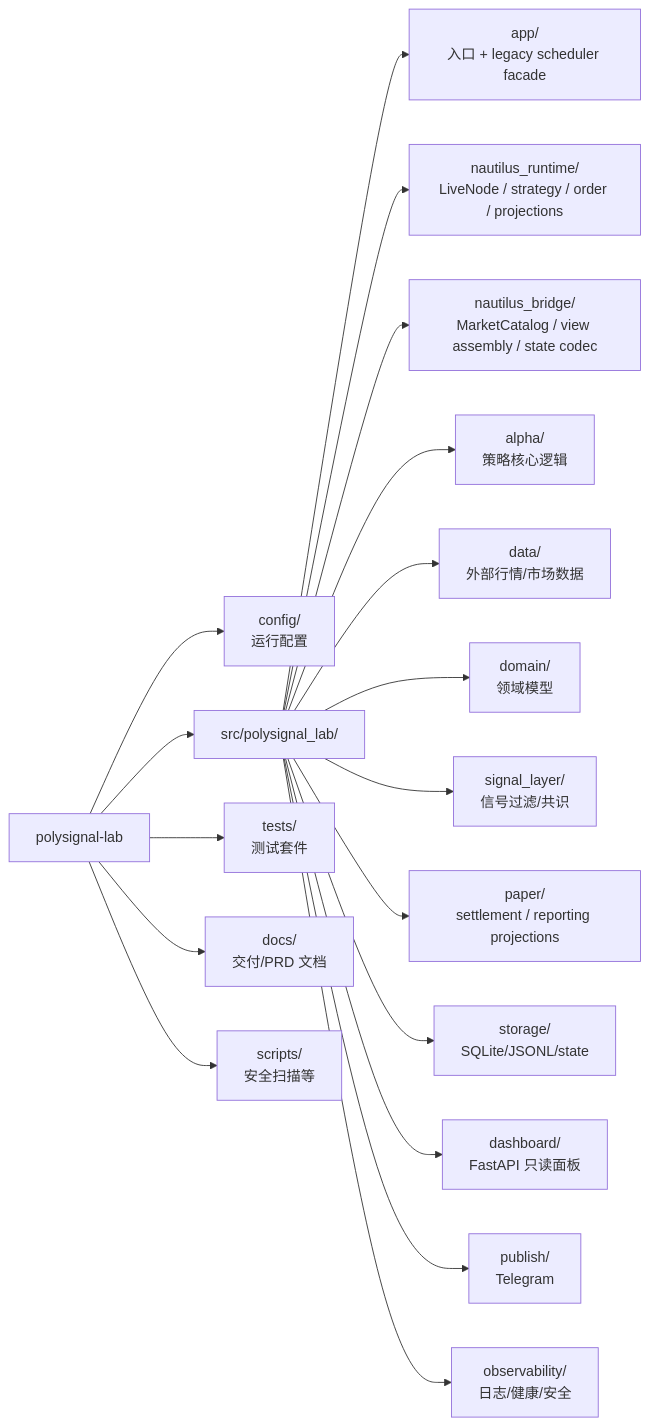
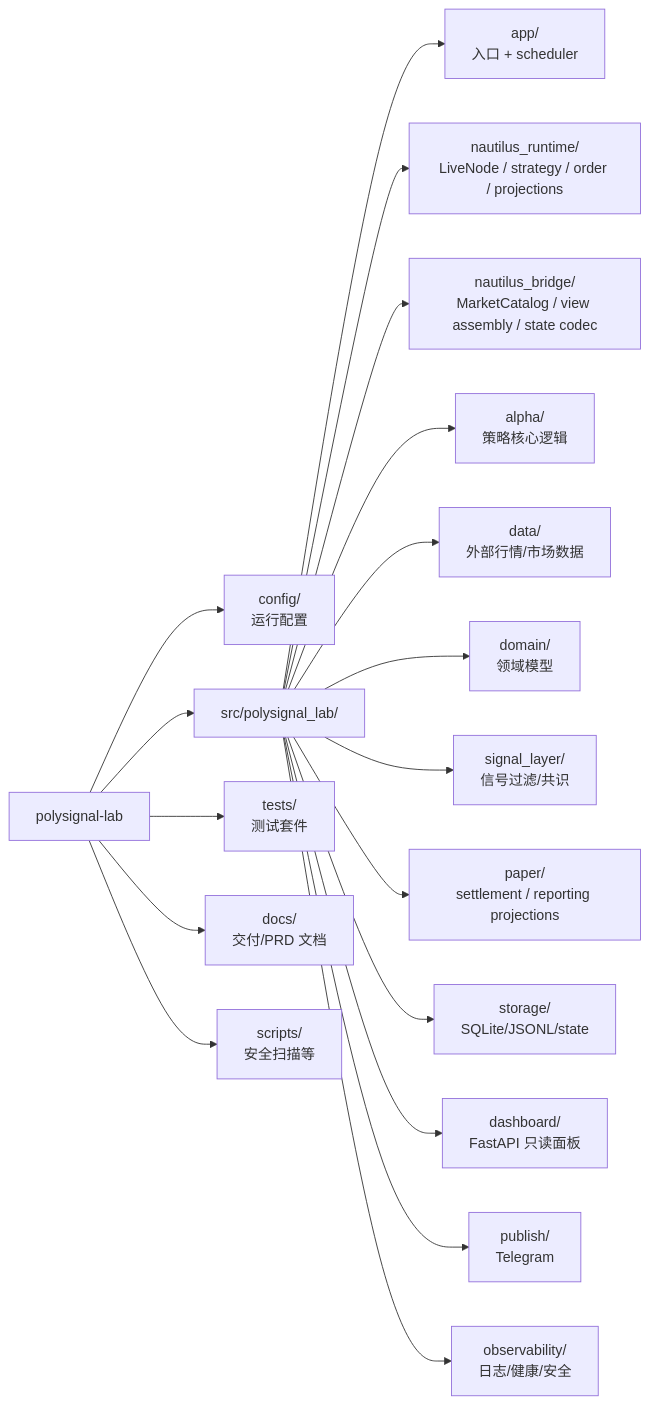
Before and after one commit to 6Kmfi6HP/polysignal-lab: the third of 7 diagrams in docs/PROJECT_ARCHITECTURE_VISUAL.md, drawn with Mermaid. The commit also changed other lines of this file and 14 other files, not shown here.

First line of the commit message:
docs: update project docs for new architecture; update config and gitignore

````diff
--- a/docs/PROJECT_ARCHITECTURE_VISUAL.md
+++ b/docs/PROJECT_ARCHITECTURE_VISUAL.md
@@ -76,21 +75,21 @@
 ```mermaid
 flowchart LR
   Root["polysignal-lab"] --> Config["config/<br/>运行配置"]
   Root --> Src["src/polysignal_lab/"]
   Root --> Tests["tests/<br/>测试套件"]
   Root --> Docs["docs/<br/>交付/PRD 文档"]
   Root --> Scripts["scripts/<br/>安全扫描等"]
 
-  Src --> App["app/<br/>入口 + legacy scheduler facade"]
+  Src --> App["app/<br/>入口 + scheduler"]
   Src --> NautilusRuntime["nautilus_runtime/<br/>LiveNode / strategy / order / projections"]
   Src --> NautilusBridge["nautilus_bridge/<br/>MarketCatalog / view assembly / state codec"]
   Src --> Alpha["alpha/<br/>策略核心逻辑"]
   Src --> Data["data/<br/>外部行情/市场数据"]
   Src --> Domain["domain/<br/>领域模型"]
   Src --> Signal["signal_layer/<br/>信号过滤/共识"]
   Src --> Paper["paper/<br/>settlement / reporting projections"]
   Src --> Storage["storage/<br/>SQLite/JSONL/state"]
   Src --> Dashboard["dashboard/<br/>FastAPI 只读面板"]
   Src --> Publish["publish/<br/>Telegram"]
   Src --> Observability["observability/<br/>日志/健康/安全"]
 ```
````
